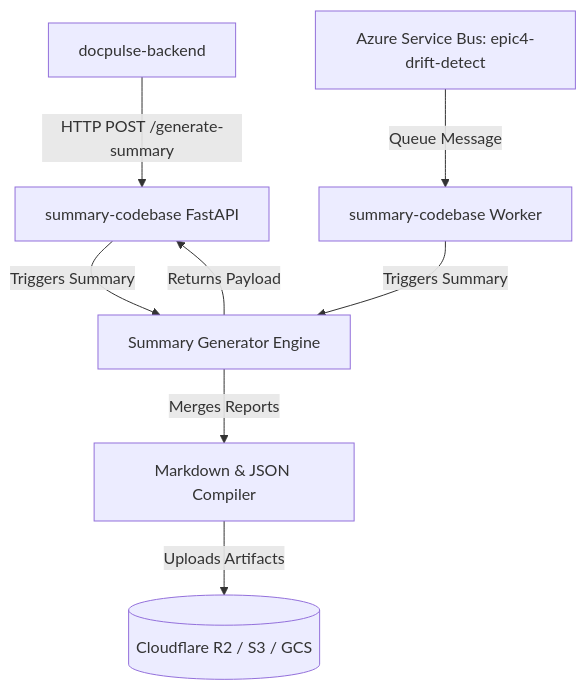
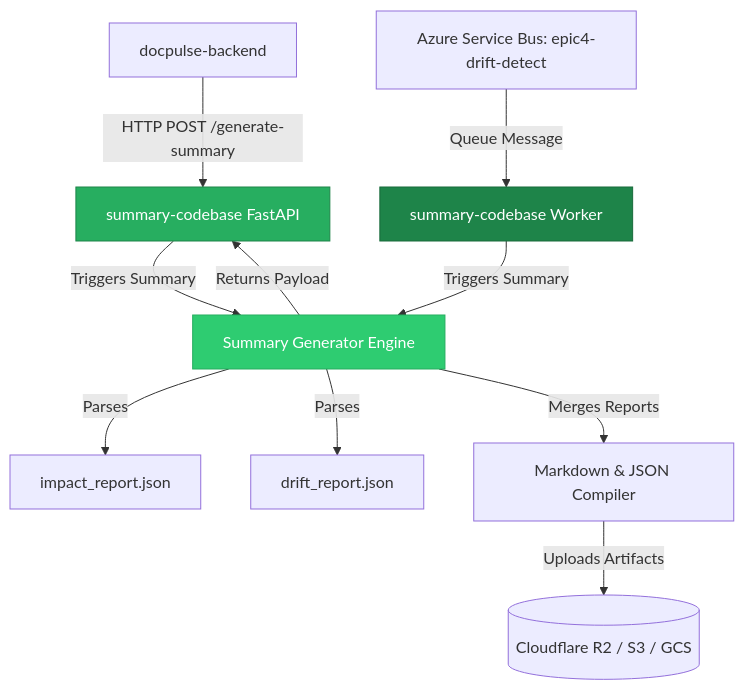
Before and after one commit to DocPulseAI/summary-codebase: the first of 4 diagrams in README.md, drawn with Mermaid. The commit also changed other lines of this file, not shown here.

Commit message:
docs: upgrade to production-grade README with badges, Mermaid diagrams, and ecosystem integration

````diff
--- a/README.md
+++ b/README.md
@@ -17,10 +66,18 @@
 ```mermaid
 graph TD
     Backend[docpulse-backend] -->|HTTP POST /generate-summary| API[summary-codebase FastAPI]
     Bus[Azure Service Bus: epic4-drift-detect] -->|Queue Message| Worker[summary-codebase Worker]
+
     API -->|Triggers Summary| Engine[Summary Generator Engine]
     Worker -->|Triggers Summary| Engine
+
+    Engine -->|Parses| Impact[impact_report.json]
+    Engine -->|Parses| Drift[drift_report.json]
     Engine -->|Merges Reports| Compiler[Markdown & JSON Compiler]
     Compiler -->|Uploads Artifacts| Storage[(Cloudflare R2 / S3 / GCS)]
     Engine -->|Returns Payload| API
+
+    style API fill:#27AE60,stroke:#1E8449,color:#fff
+    style Worker fill:#1E8449,stroke:#186A3B,color:#fff
+    style Engine fill:#2ECC71,stroke:#27AE60,color:#fff
 ```
````
